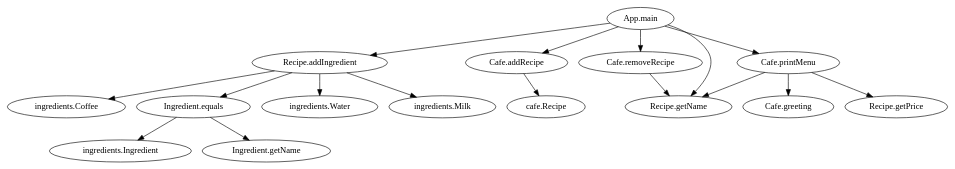
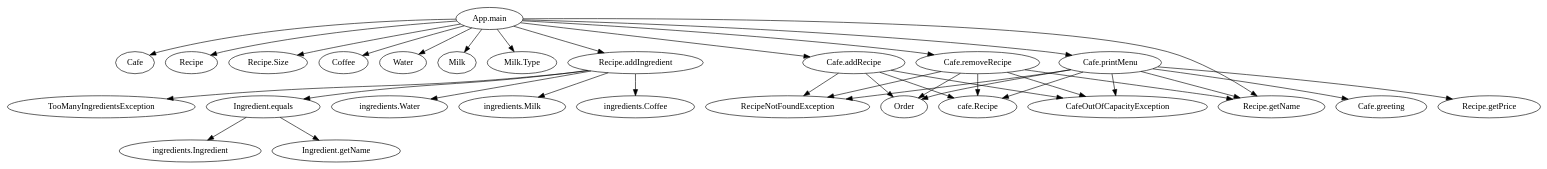
The diagram in Cafe.dot (ruizhengu/CausalGrading), drawn with Graphviz before and after one commit. The commit also changed 1 other file, not shown here.

```diff
--- a/Cafe.dot
+++ b/Cafe.dot
@@ -1,33 +1,63 @@
 digraph Cafe {
 "App.main" [label="App.main"];
+"Cafe" [label="Cafe"];
+"Recipe" [label="Recipe"];
+"Recipe.Size" [label="Recipe.Size"];
+"Coffee" [label="Coffee"];
+"Water" [label="Water"];
+"Milk" [label="Milk"];
+"Milk.Type" [label="Milk.Type"];
 "Recipe.addIngredient" [label="Recipe.addIngredient"];
 "ingredients.Coffee" [label="ingredients.Coffee"];
+"TooManyIngredientsException" [label="TooManyIngredientsException"];
 "Ingredient.equals" [label="Ingredient.equals"];
 "ingredients.Ingredient" [label="ingredients.Ingredient"];
 "Ingredient.getName" [label="Ingredient.getName"];
 "ingredients.Water" [label="ingredients.Water"];
 "Cafe.addRecipe" [label="Cafe.addRecipe"];
 "cafe.Recipe" [label="cafe.Recipe"];
+"CafeOutOfCapacityException" [label="CafeOutOfCapacityException"];
+"RecipeNotFoundException" [label="RecipeNotFoundException"];
+"Order" [label="Order"];
 "ingredients.Milk" [label="ingredients.Milk"];
 "Cafe.removeRecipe" [label="Cafe.removeRecipe"];
 "Recipe.getName" [label="Recipe.getName"];
 "Cafe.printMenu" [label="Cafe.printMenu"];
 "Cafe.greeting" [label="Cafe.greeting"];
 "Recipe.getPrice" [label="Recipe.getPrice"];
+"App.main" -> "Cafe";
+"App.main" -> "Recipe";
+"App.main" -> "Recipe.Size";
+"App.main" -> "Coffee";
+"App.main" -> "Water";
+"App.main" -> "Milk";
+"App.main" -> "Milk.Type";
 "App.main" -> "Recipe.addIngredient";
 "App.main" -> "Cafe.addRecipe";
 "App.main" -> "Cafe.removeRecipe";
 "App.main" -> "Recipe.getName";
 "App.main" -> "Cafe.printMenu";
 "Recipe.addIngredient" -> "ingredients.Coffee";
+"Recipe.addIngredient" -> "TooManyIngredientsException";
 "Recipe.addIngredient" -> "Ingredient.equals";
 "Recipe.addIngredient" -> "ingredients.Water";
 "Recipe.addIngredient" -> "ingredients.Milk";
 "Ingredient.equals" -> "ingredients.Ingredient";
 "Ingredient.equals" -> "Ingredient.getName";
 "Cafe.addRecipe" -> "cafe.Recipe";
+"Cafe.addRecipe" -> "CafeOutOfCapacityException";
+"Cafe.addRecipe" -> "RecipeNotFoundException";
+"Cafe.addRecipe" -> "Order";
 "Cafe.removeRecipe" -> "Recipe.getName";
+"Cafe.removeRecipe" -> "CafeOutOfCapacityException";
+"Cafe.removeRecipe" -> "RecipeNotFoundException";
+"Cafe.removeRecipe" -> "Order";
+"Cafe.removeRecipe" -> "cafe.Recipe";
+"Cafe.printMenu" -> "CafeOutOfCapacityException";
+"Cafe.printMenu" -> "RecipeNotFoundException";
+"Cafe.printMenu" -> "Order";
+"Cafe.printMenu" -> "cafe.Recipe";
 "Cafe.printMenu" -> "Cafe.greeting";
 "Cafe.printMenu" -> "Recipe.getName";
 "Cafe.printMenu" -> "Recipe.getPrice";
 }
```
